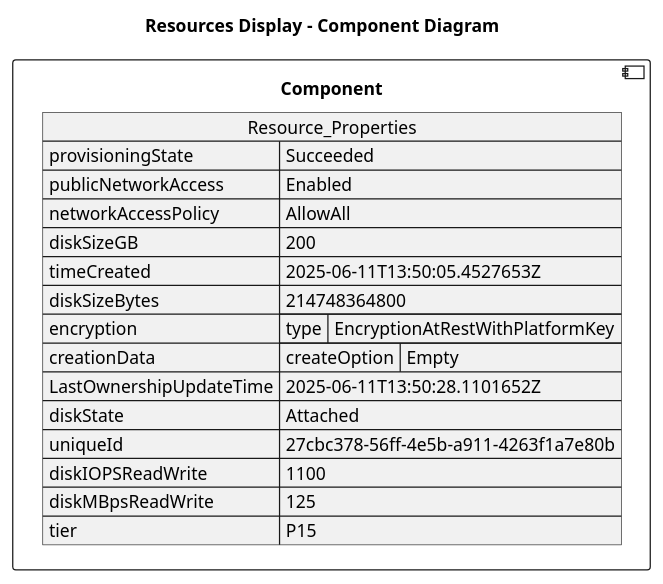
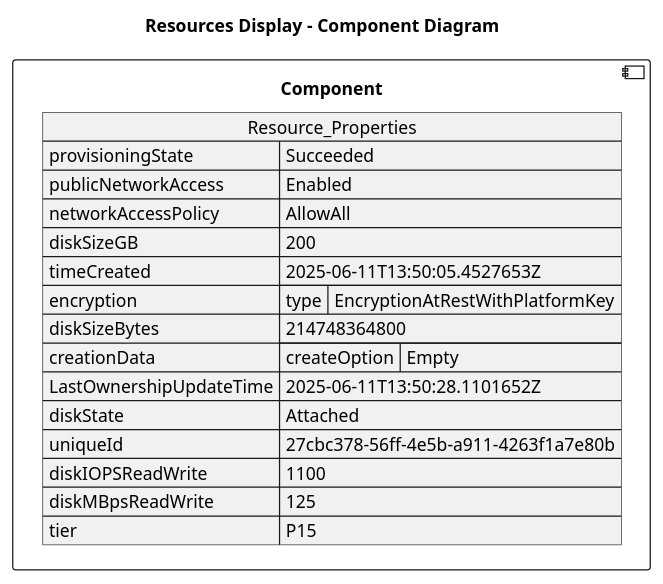
One commit to DanielAmpong/Test-Azure-architecture-diagram changed the diagram in architectureDesign/PUML/maksym-maintenanceConfig_Resources/vm_mf1_datadisk1.puml. Above: the diagram before and after it, drawn with PlantUML. The commit also changed other lines of this file and 305 other files, not shown here.

```diff
--- a/architectureDesign/PUML/maksym-maintenanceConfig_Resources/vm_mf1_datadisk1.puml
+++ b/architectureDesign/PUML/maksym-maintenanceConfig_Resources/vm_mf1_datadisk1.puml
@@ -1,28 +1,28 @@
 @startuml
 
 title Resources Display - Component Diagram
 
 component Component {
 
 json  Resource_Properties {
   "provisioningState": "Succeeded",
   "publicNetworkAccess": "Enabled",
   "networkAccessPolicy": "AllowAll",
   "diskSizeGB": 200,
   "timeCreated": "2025-06-11T13:50:05.4527653Z",
-  "diskSizeBytes": 214748364800,
   "encryption": {
     "type": "EncryptionAtRestWithPlatformKey"
   },
+  "diskSizeBytes": 214748364800,
   "creationData": {
     "createOption": "Empty"
   },
   "LastOwnershipUpdateTime": "2025-06-11T13:50:28.1101652Z",
   "diskState": "Attached",
   "uniqueId": "27cbc378-56ff-4e5b-a911-4263f1a7e80b",
   "diskIOPSReadWrite": 1100,
   "diskMBpsReadWrite": 125,
   "tier": "P15"
 }
 }
 @enduml
```
